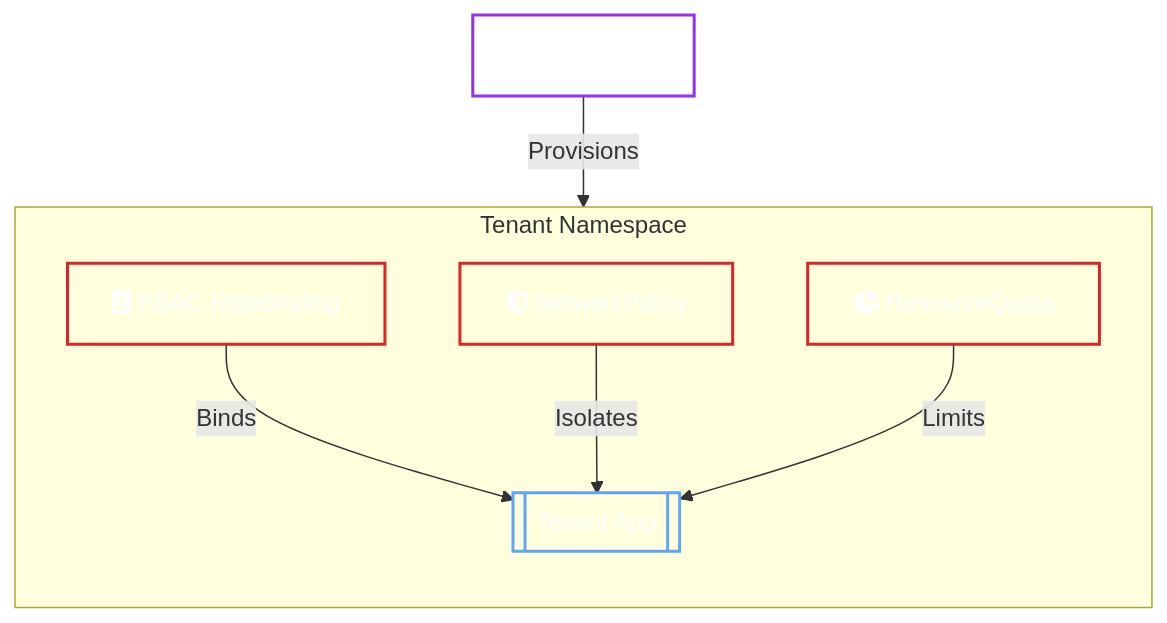
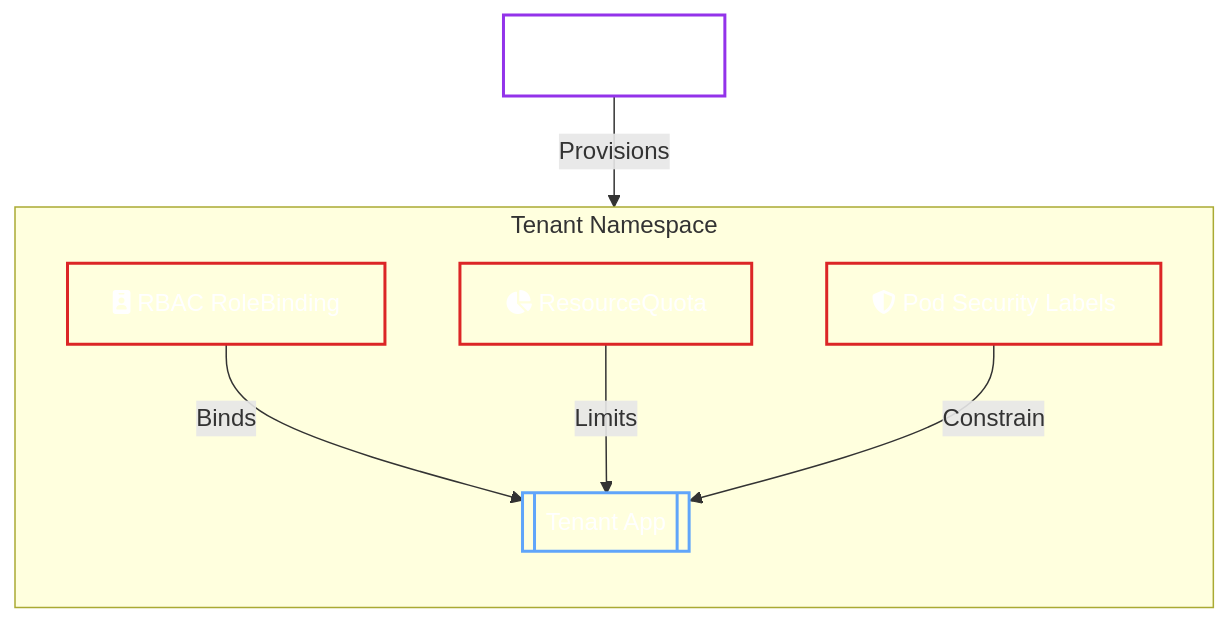
One commit to dc-tec/openbao-operator changed the diagram in docs/user-guide/openbaotenant/overview.md. Above: the diagram before and after it, drawn with Mermaid. The commit also changed other lines of this file and 30 other files, not shown here.

````diff
--- a/docs/user-guide/openbaotenant/overview.md
+++ b/docs/user-guide/openbaotenant/overview.md
@@ -14,26 +14,26 @@
 ```mermaid
 graph TD
     subgraph Namespace ["Tenant Namespace"]
         direction TB
         RBAC["fa:fa-id-badge RBAC RoleBinding"]
-        NetPol["fa:fa-shield-halved NetworkPolicy"]
         Quota["fa:fa-chart-pie ResourceQuota"]
+        PSS["fa:fa-shield-halved Pod Security Labels"]
         
         App[["Tenant App"]]
         
         RBAC -->|Binds| App
-        NetPol -->|Isolates| App
         Quota -->|Limits| App
+        PSS -->|Constrain| App
     end
     
     Op["fa:fa-gears Operator"] -->|Provisions| Namespace
     
     classDef read fill:transparent,stroke:#60a5fa,stroke-width:2px,color:#fff;
     classDef write fill:transparent,stroke:#22c55e,stroke-width:2px,color:#fff;
     classDef security fill:transparent,stroke:#dc2626,stroke-width:2px,color:#fff;
     classDef process fill:transparent,stroke:#9333ea,stroke-width:2px,color:#fff;
 
     class Op process;
     class App read;
-    class RBAC,NetPol,Quota security;
+    class RBAC,Quota,PSS security;
 ```
````
